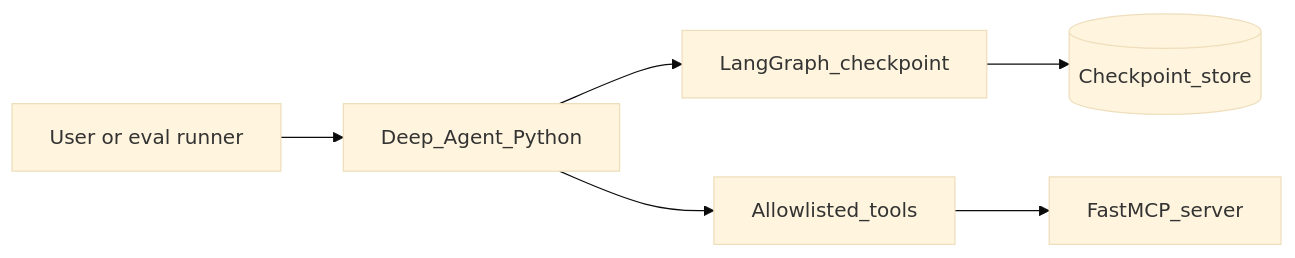
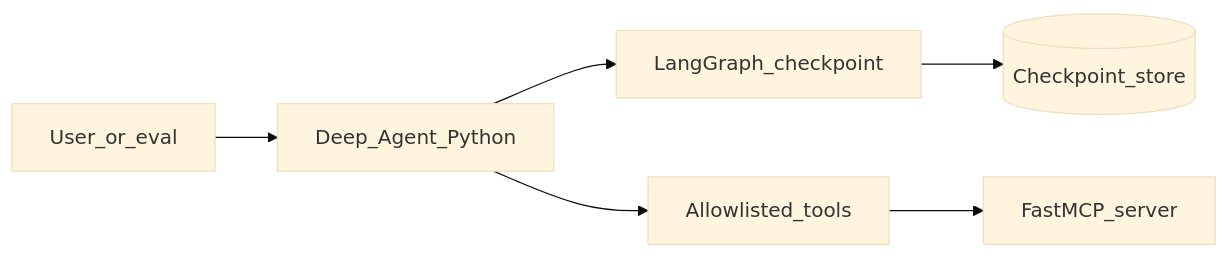
One commit to shemaiahCox/career-playbook changed the diagram in career-project-specs/01-agentic-orchestration.md. Above: the diagram before and after it, drawn with Mermaid (base theme). The commit also changed other lines of this file and 43 other files, not shown here.

````diff
--- a/career-project-specs/01-agentic-orchestration.md
+++ b/career-project-specs/01-agentic-orchestration.md
@@ -43,8 +45,8 @@
 ```mermaid
 flowchart LR
-  User[User or eval runner] --> Agent[Deep_Agent_Python]
+  User[User_or_eval] --> Agent[Deep_Agent_Python]
   Agent --> Graph[LangGraph_checkpoint]
   Agent --> Tools[Allowlisted_tools]
   Tools --> MCP[FastMCP_server]
   Graph --> Store[(Checkpoint_store)]
 ```
````
